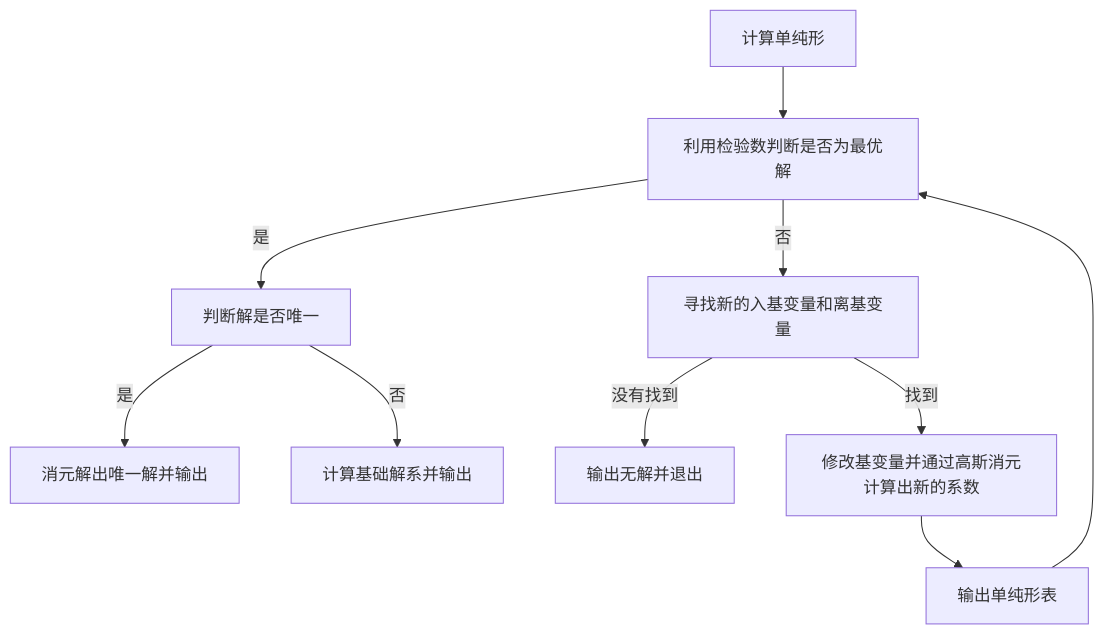
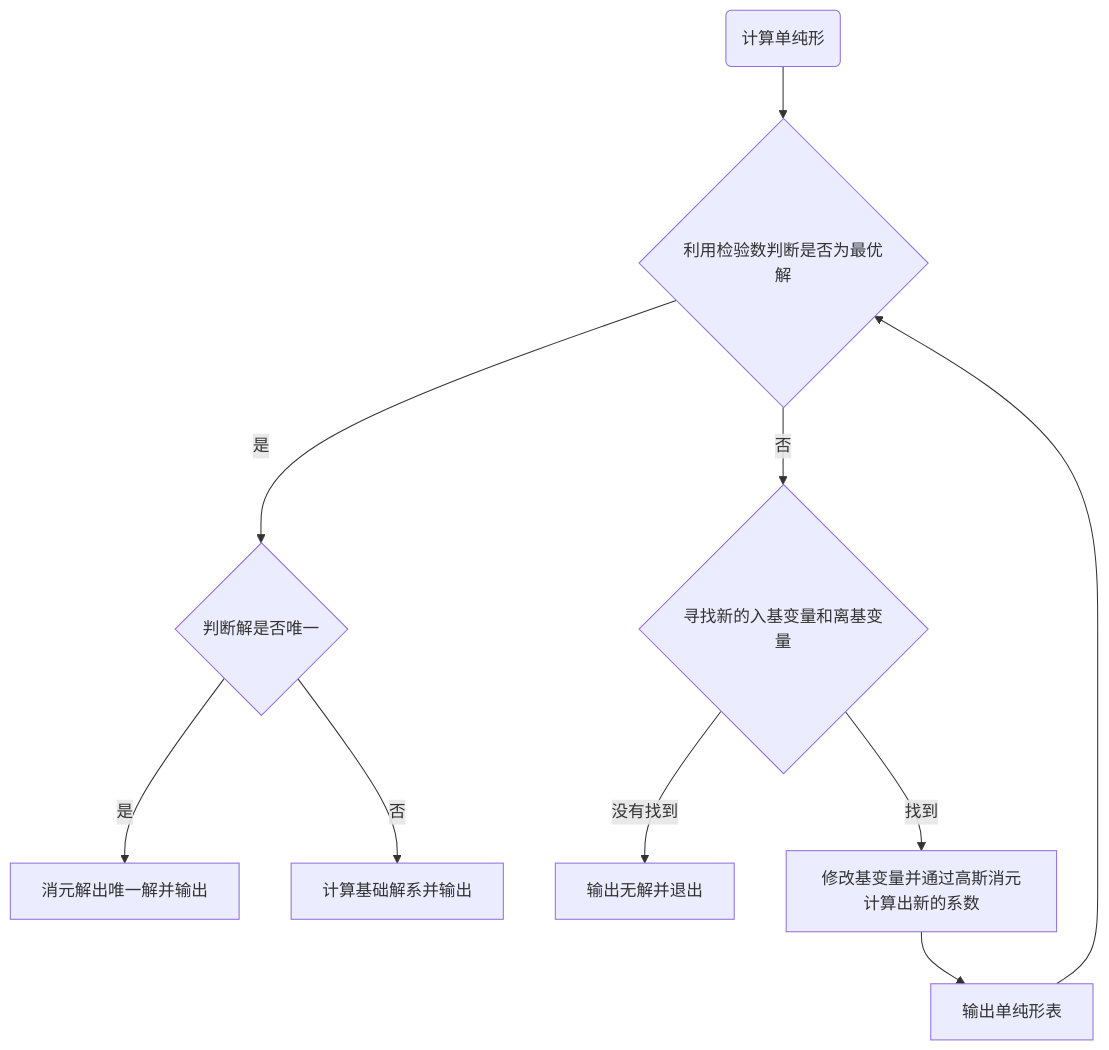
Before and after one commit to SxyLimit/Simplex: the second of 2 diagrams in README.md, drawn with Mermaid. The commit also changed other lines of this file, not shown here.

````diff
--- a/README.md
+++ b/README.md
@@ -16,12 +16,12 @@
 ```mermaid
-graph TD
-	A[计算单纯形] --> B[利用检验数判断是否为最优解]
-	B -- 是 --> F[判断解是否唯一]
-	F -- 是 --> G[消元解出唯一解并输出]
-	F -- 否 --> H[计算基础解系并输出]
-	B -- 否 --> C[寻找新的入基变量和离基变量]
-	C -- 没有找到 --> D[输出无解并退出]
-	C -- 找到 --> E[修改基变量并通过高斯消元计算出新的系数]
+flowchart TD
+	A(计算单纯形) --> B{利用检验数判断是否为最优解}
+	B -->|是| F{判断解是否唯一}
+	F -->|是| G[消元解出唯一解并输出]
+	F -->|否| H[计算基础解系并输出]
+	B -->|否| C{寻找新的入基变量和离基变量}
+	C -->|没有找到| D[输出无解并退出]
+	C -->|找到| E[修改基变量并通过高斯消元计算出新的系数]
 	E --> I[输出单纯形表]
 	I --> B
 ```
````
